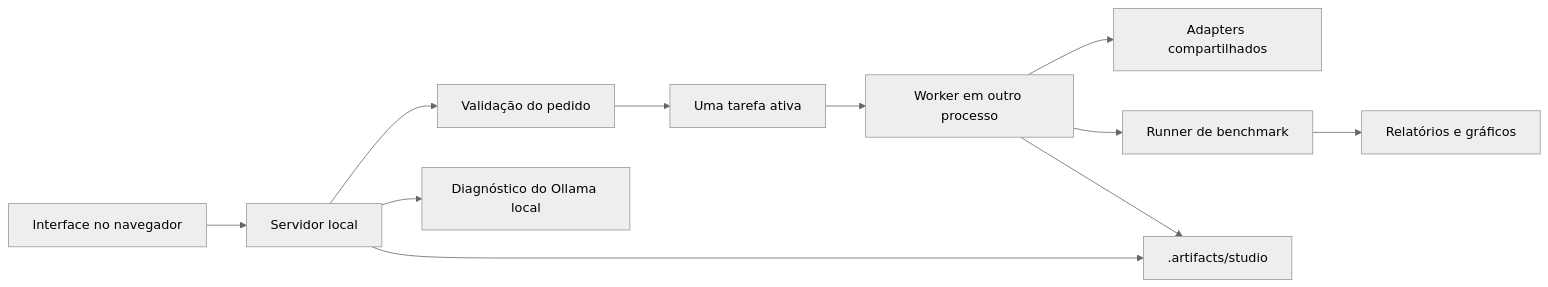
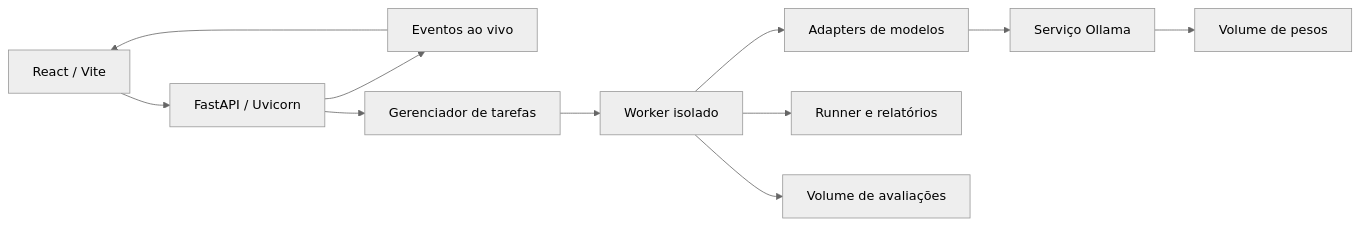
Before and after one commit to lowgue/SystemOneTesting: the diagram in docs/PROJECT_STRUCTURE.md, drawn with Mermaid (neutral theme). The commit also changed other lines of this file and 41 other files, not shown here.

Commit message:
feat: ship React and FastAPI web application with Docker Compose

````diff
--- a/docs/PROJECT_STRUCTURE.md
+++ b/docs/PROJECT_STRUCTURE.md
@@ -28,13 +3,13 @@
 ```mermaid
 flowchart LR
-  UI[Interface no navegador] --> HTTP[Servidor local]
-  HTTP --> Validate[Validação do pedido]
-  Validate --> Jobs[Uma tarefa ativa]
-  Jobs --> Worker[Worker em outro processo]
-  Worker --> Adapters[Adapters compartilhados]
-  Worker --> Runner[Runner de benchmark]
-  Runner --> Report[Relatórios e gráficos]
-  Worker --> Artifacts[.artifacts/studio]
-  HTTP --> Artifacts
-  HTTP --> Ollama[Diagnóstico do Ollama local]
+  React[React / Vite] --> REST[FastAPI / Uvicorn]
+  REST --> SSE[Eventos ao vivo]
+  SSE --> React
+  REST --> Jobs[Gerenciador de tarefas]
+  Jobs --> Worker[Worker isolado]
+  Worker --> Models[Adapters de modelos]
+  Models --> Ollama[Serviço Ollama]
+  Worker --> Runner[Runner e relatórios]
+  Worker --> Data[Volume de avaliações]
+  Ollama --> Weights[Volume de pesos]
 ```
````
